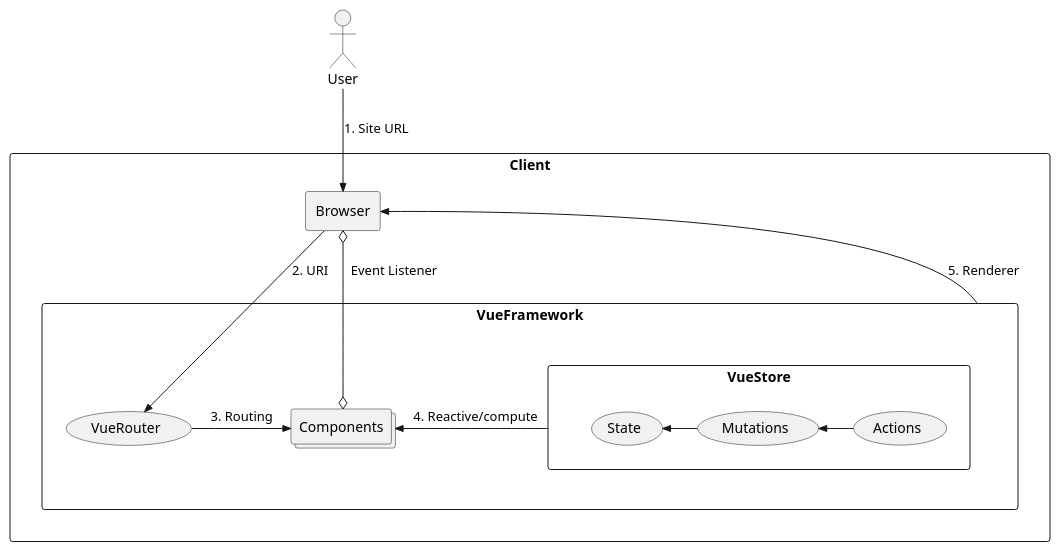
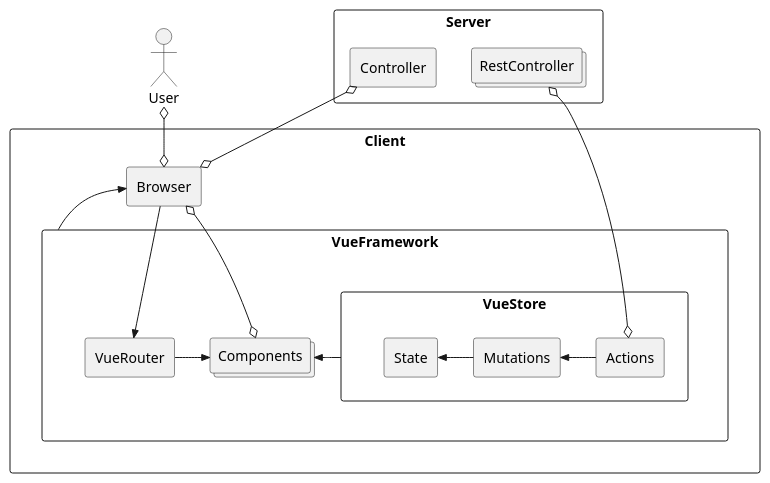
Before and after one commit to JunilHwang/zum_pilot: the first of 3 diagrams in docs/Architecture.md, drawn with PlantUML. The commit also changed other lines of this file, not shown here.

Commit message:
Client, Server 구조  작성 완료

```diff
--- a/docs/Architecture.md
+++ b/docs/Architecture.md
@@ -9,24 +9,31 @@
 @startuml
 :User:
-rectangle "Client" {
+rectangle Client {
   agent Browser
-  rectangle "VueFramework" {
-    (VueRouter)
+  rectangle VueFramework {
+    rectangle VueRouter
     collections Components
-    rectangle "VueStore" {
-      (State)
-      (Mutations)
-      (Actions)
+    rectangle VueStore {
+      rectangle State
+      rectangle Mutations
+      rectangle Actions
     }
   }
 }
 
-:User: -->> Browser : 1. Site URL
-Browser -->> VueRouter : "2. URI"
-VueRouter ->> Components : 3. Routing
-Components <<- VueStore : 4. Reactive/compute
-VueFramework -->> Browser : 5. Renderer
-Browser o--o Components : "  Event Listener"
+rectangle Server {
+  agent Controller
+  collections RestController
+}
+
+User o--o Browser
+Browser -->> VueRouter
+VueRouter ->> Components
+Components <<- VueStore
+VueFramework -->> Browser
+Browser o--o Components
 State <<- Mutations
 Mutations <<- Actions
+RestController o---o Actions 
+Controller o--o Browser 
 @enduml
```
